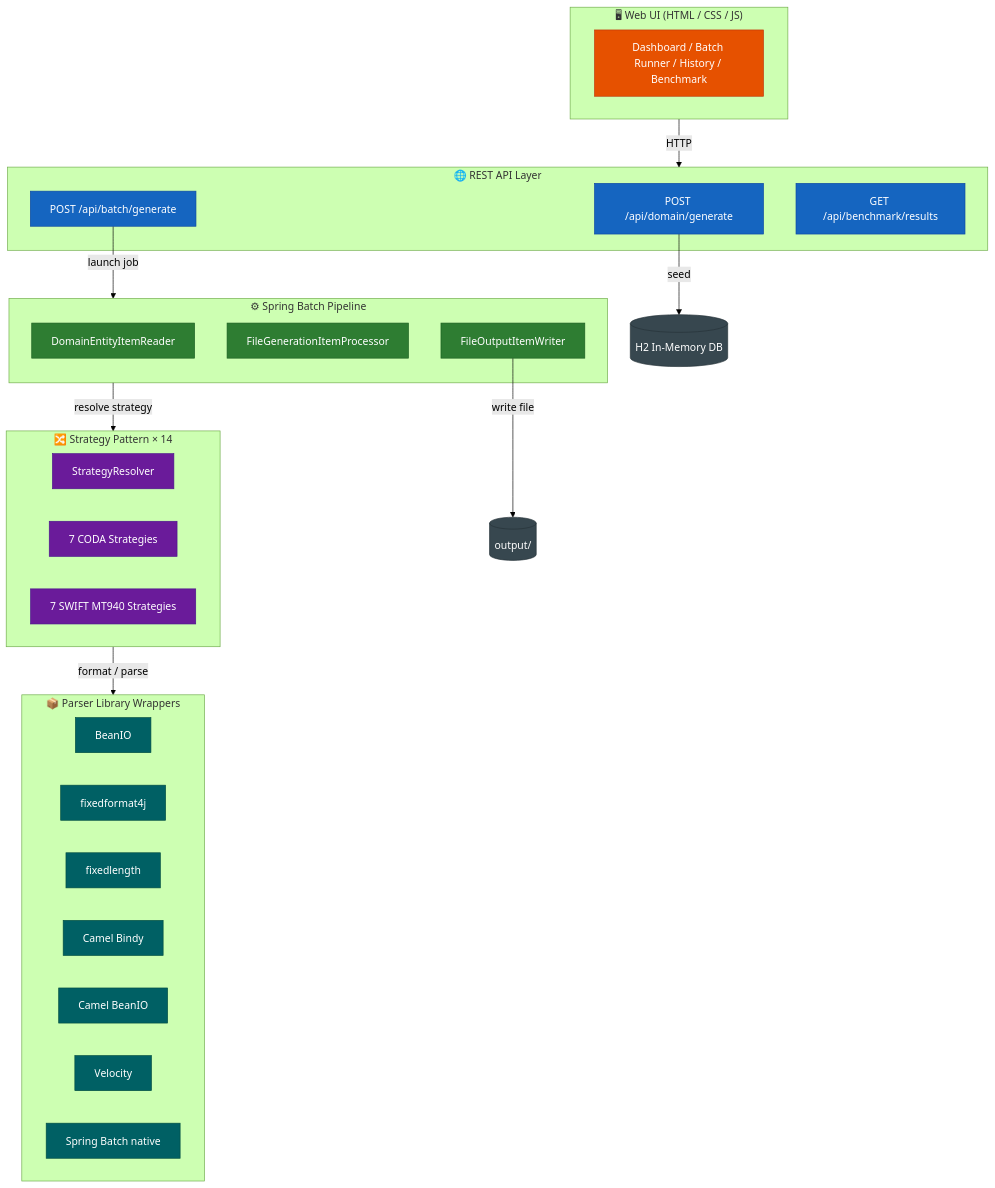
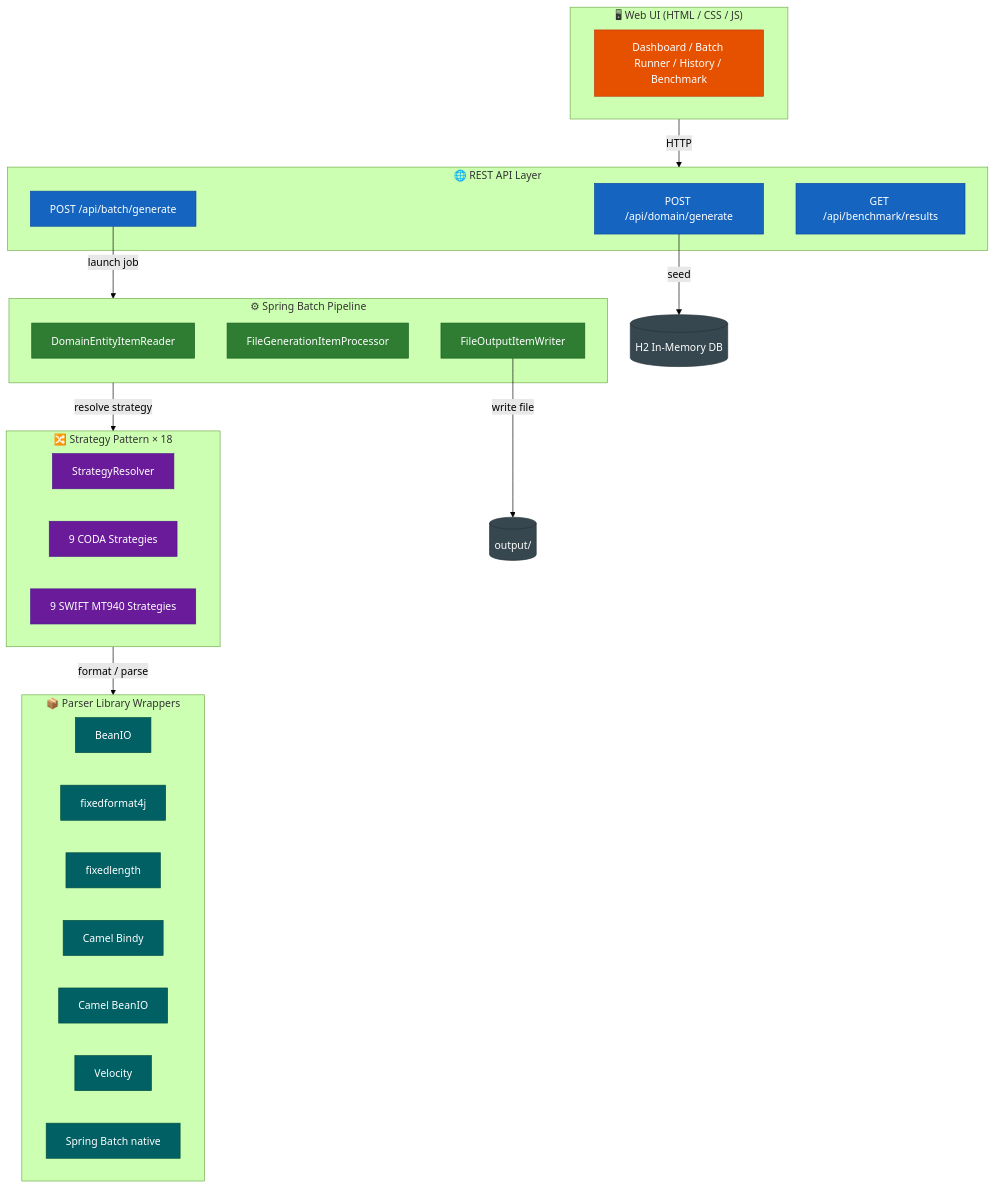
One commit to wallaceespindola/fixed-length-converters changed the diagram in README.md. Above: the diagram before and after it, drawn with Mermaid (forest theme). The commit also changed other lines of this file and 15 other files, not shown here.

First line of the commit message:
feat: add Spring Batch strategies with annotation-derived CODA layouts

````diff
--- a/README.md
+++ b/README.md
@@ -38,51 +38,51 @@
 ```mermaid
 graph TB
     classDef frontendStyle fill:#e65100,stroke:#bf360c,color:#fff
     classDef apiStyle fill:#1565c0,stroke:#0d47a1,color:#fff
     classDef batchStyle fill:#2e7d32,stroke:#1b5e20,color:#fff
     classDef strategyStyle fill:#6a1b9a,stroke:#4a148c,color:#fff
     classDef parserStyle fill:#006064,stroke:#004d40,color:#fff
     classDef storageStyle fill:#37474f,stroke:#263238,color:#fff
 
     subgraph Frontend["🖥 Web UI (HTML / CSS / JS)"]
         UI[Dashboard / Batch Runner / History / Benchmark]
     end
     subgraph API["🌐 REST API Layer"]
         DC[POST /api/domain/generate]
         BC[POST /api/batch/generate]
         BNC[GET /api/benchmark/results]
     end
     subgraph Batch["⚙ Spring Batch Pipeline"]
         READER[DomainEntityItemReader]
         PROC[FileGenerationItemProcessor]
         WRITER[FileOutputItemWriter]
     end
-    subgraph Strategy["🔀 Strategy Pattern × 14"]
+    subgraph Strategy["🔀 Strategy Pattern × 18"]
         SR[StrategyResolver]
-        C7[7 CODA Strategies]
-        S7[7 SWIFT MT940 Strategies]
+        C7[9 CODA Strategies]
+        S7[9 SWIFT MT940 Strategies]
     end
     subgraph Parsers["📦 Parser Library Wrappers"]
         BIO[BeanIO]
         FF4J[fixedformat4j]
         VL[fixedlength]
         BINDY[Camel Bindy]
         CBIO[Camel BeanIO]
         VEL[Velocity]
         SB[Spring Batch native]
     end
 
     Frontend -->|HTTP| API
     DC -->|seed| H2[(H2 In-Memory DB)]
     BC -->|launch job| Batch
     Batch -->|resolve strategy| Strategy
     Strategy -->|format / parse| Parsers
     WRITER -->|write file| output[(output/)]
 
     class UI frontendStyle
     class DC,BC,BNC apiStyle
     class READER,PROC,WRITER batchStyle
     class SR,C7,S7 strategyStyle
     class BIO,FF4J,VL,BINDY,CBIO,VEL,SB parserStyle
     class H2,output storageStyle
 ```
````
